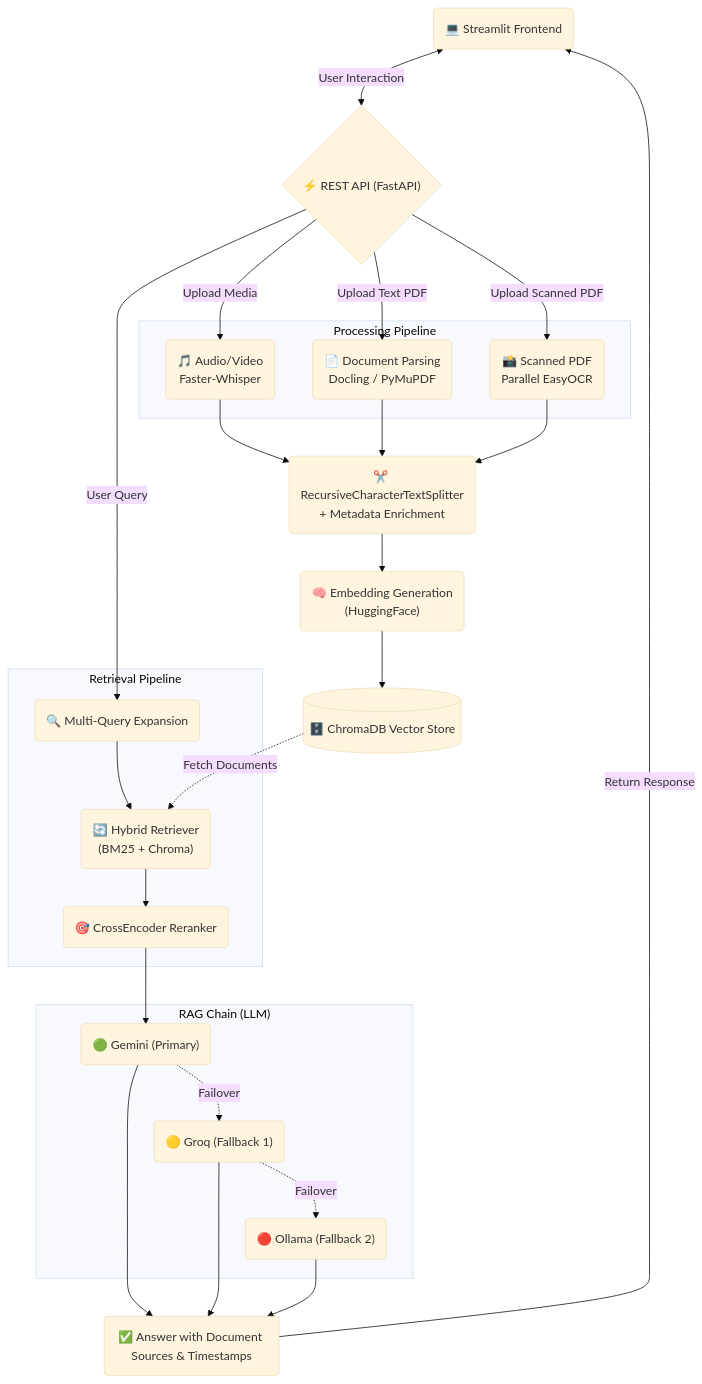
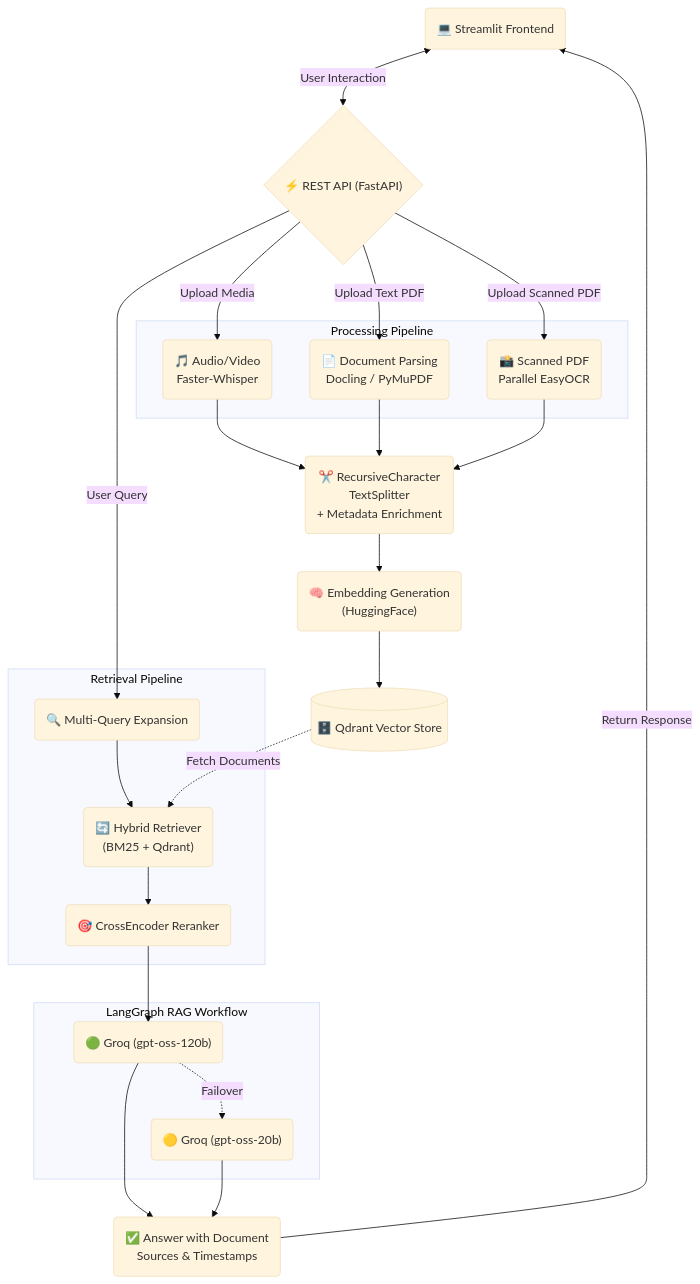
One commit to Uday-1001/CogniSphere changed the diagram in README.md. Above: the diagram before and after it, drawn with Mermaid (base theme). The commit also changed other lines of this file and 28 other files, not shown here.

Commit message:
Changed To LangGraph and used Qdrant instead of ChromaDB. UI enhancements and bug fixes.

````diff
--- a/README.md
+++ b/README.md
@@ -48,59 +47,56 @@
 ```mermaid
 flowchart TD
     %% Nodes
     UI("💻 Streamlit Frontend")
     API{"⚡ REST API (FastAPI)"}
     
     subgraph "Processing Pipeline"
         AV("🎵 Audio/Video<br>Faster-Whisper")
         Doc("📄 Document Parsing<br>Docling / PyMuPDF")
         Scan("📸 Scanned PDF<br>Parallel EasyOCR")
     end
     
-    Chunking("✂️ RecursiveCharacterTextSplitter<br>+ Metadata Enrichment")
+    Chunking("✂️ RecursiveCharacter<br>TextSplitter<br>+ Metadata Enrichment")
     Embed("🧠 Embedding Generation<br>(HuggingFace)")
-    DB[("🗄️ ChromaDB Vector Store")]
+    DB[("🗄️ Qdrant Vector Store")]
     
     subgraph "Retrieval Pipeline"
         MQE("🔍 Multi-Query Expansion")
-        Hybrid("🔄 Hybrid Retriever<br>(BM25 + Chroma)")
+        Hybrid("🔄 Hybrid Retriever<br>(BM25 + Qdrant)")
         Rerank("🎯 CrossEncoder Reranker")
     end
     
-    subgraph "RAG Chain (LLM)"
-        Gemini("🟢 Gemini (Primary)")
-        Groq("🟡 Groq (Fallback 1)")
-        Ollama("🔴 Ollama (Fallback 2)")
+    subgraph "LangGraph RAG Workflow"
+        Groq1("🟢 Groq (gpt-oss-120b)")
+        Groq2("🟡 Groq (gpt-oss-20b)")
     end
     
-    Out("✅ Answer with Document Sources & Timestamps")
+    Out("✅ Answer with Document<br>Sources & Timestamps")
     
     %% Edges
     UI <-->|User Interaction| API
     
     API -->|Upload Media| AV
     API -->|Upload Text PDF| Doc
     API -->|Upload Scanned PDF| Scan
     
     AV --> Chunking
     Doc --> Chunking
     Scan --> Chunking
     
     Chunking --> Embed
     Embed --> DB
     
     API -->|User Query| MQE
     MQE --> Hybrid
     DB -.->|Fetch Documents| Hybrid
     Hybrid --> Rerank
     
-    Rerank --> Gemini
-    Gemini -.->|Failover| Groq
-    Groq -.->|Failover| Ollama
+    Rerank --> Groq1
+    Groq1 -.->|Failover| Groq2
     
-    Gemini --> Out
-    Groq --> Out
-    Ollama --> Out
+    Groq1 --> Out
+    Groq2 --> Out
     
     Out -->|Return Response| UI
 ```
````
